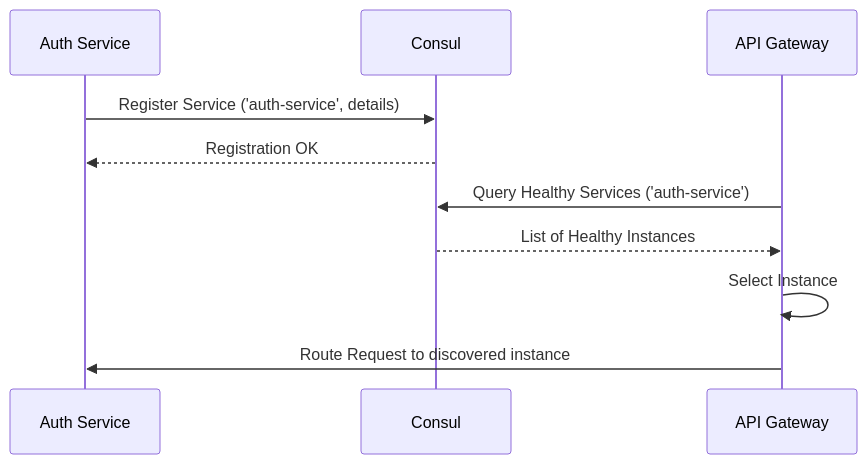
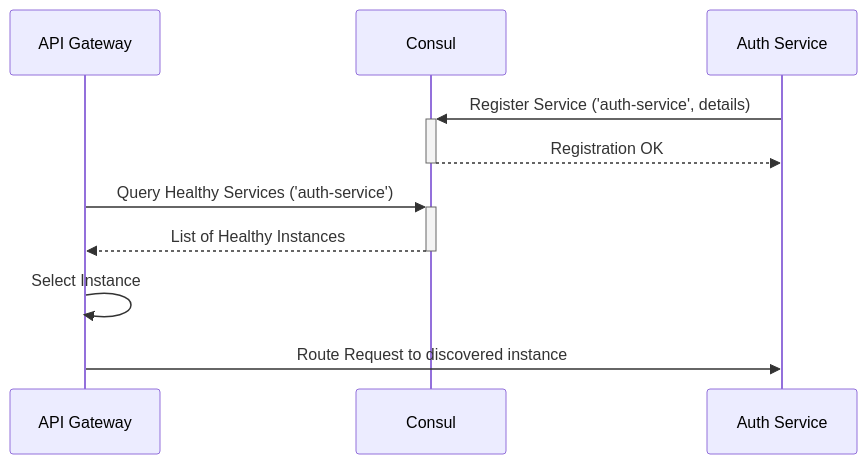
One commit to HarcheSamir/esisba-lirmm-ecommerce changed the eighth of 9 diagrams in apiDocumentation.md. Above: the diagram before and after it, drawn with Mermaid. The commit also changed other lines of this file, not shown here.

````diff
--- a/apiDocumentation.md
+++ b/apiDocumentation.md
@@ -313,10 +349,14 @@
 ```mermaid
 sequenceDiagram
-    Auth Service->>Consul: Register Service ('auth-service', details)
-    Consul-->>Auth Service: Registration OK
-    
-    API Gateway->>Consul: Query Healthy Services ('auth-service')
-    Consul-->>API Gateway: List of Healthy Instances
-    API Gateway->>API Gateway: Select Instance
-    API Gateway->>Auth Service: Route Request to discovered instance
+    participant APIGW as API Gateway
+    participant Consul
+    participant AuthSvc as Auth Service
+
+    AuthSvc->>+Consul: Register Service ('auth-service', details)
+    Consul-->>-AuthSvc: Registration OK
+
+    APIGW->>+Consul: Query Healthy Services ('auth-service')
+    Consul-->>-APIGW: List of Healthy Instances
+    APIGW->>APIGW: Select Instance
+    APIGW->>AuthSvc: Route Request to discovered instance
 ```
````
